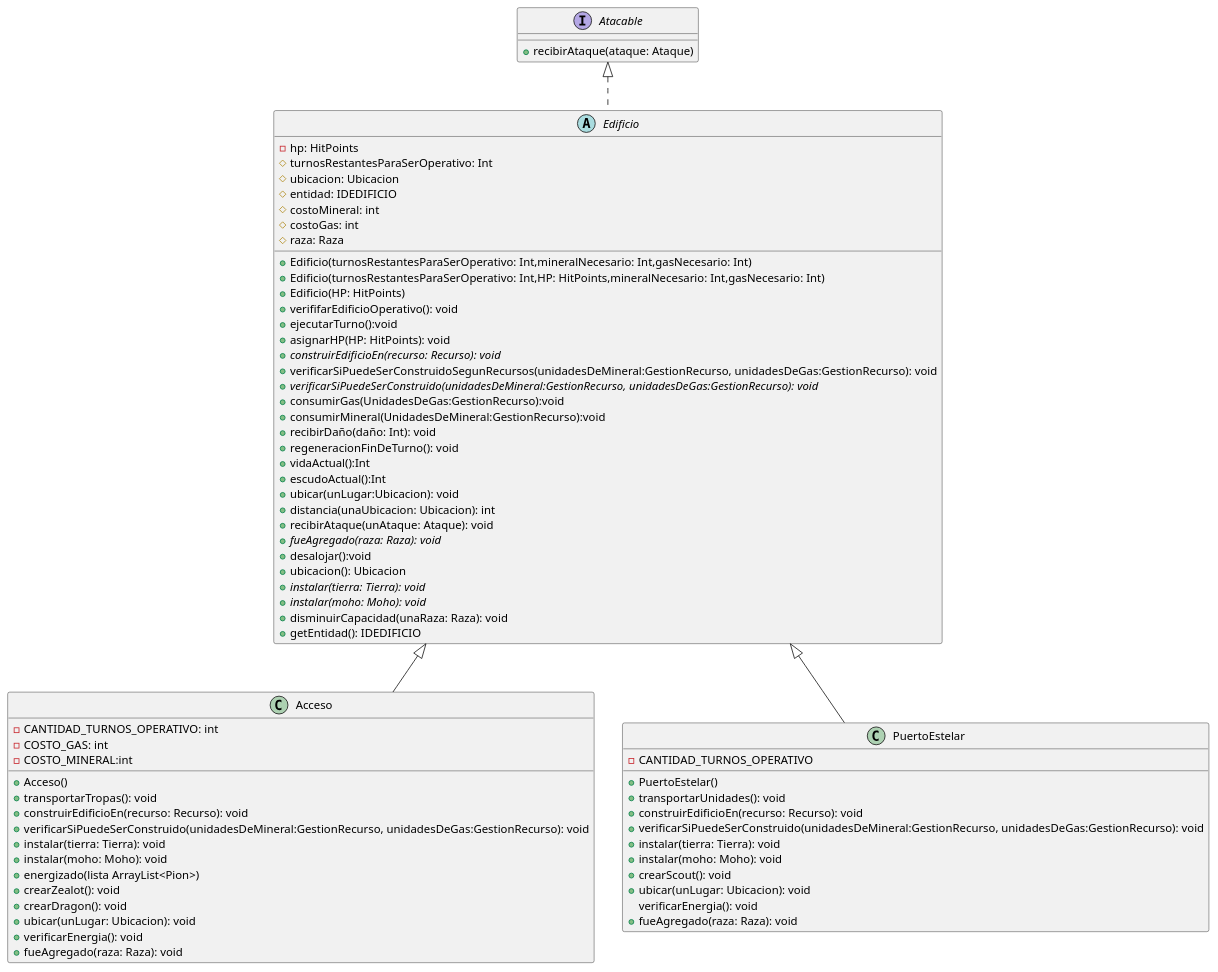
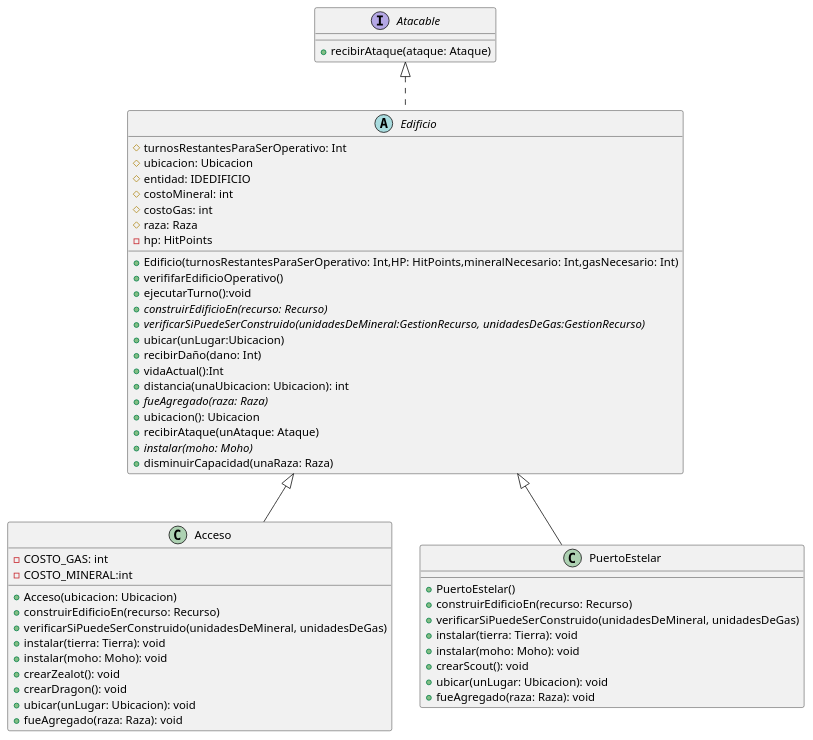
The diagram in diagrams/classes/EdificiosProtoss2.puml (nicolasgirardi/algo3_TP2_AlgoStar), drawn with PlantUML before and after one commit. The commit also changed 4 other files, not shown here.

Commit message:
actualizo diagramas de clase

```diff
--- a/diagrams/classes/EdificiosProtoss2.puml
+++ b/diagrams/classes/EdificiosProtoss2.puml
@@ -1,84 +1,66 @@
 @startuml
 'https://plantuml.com/class-diagram
 
 abstract class Edificio {
 
-    -hp: HitPoints
-    #turnosRestantesParaSerOperativo: Int
-    #ubicacion: Ubicacion
-    #entidad: IDEDIFICIO
-    #costoMineral: int
-    #costoGas: int
-    #raza: Raza
+        #turnosRestantesParaSerOperativo: Int
+        #ubicacion: Ubicacion
+        #entidad: IDEDIFICIO
+        #costoMineral: int
+        #costoGas: int
+        #raza: Raza
+        -hp: HitPoints
 
-    +Edificio(turnosRestantesParaSerOperativo: Int,mineralNecesario: Int,gasNecesario: Int)
-    +Edificio(turnosRestantesParaSerOperativo: Int,HP: HitPoints,mineralNecesario: Int,gasNecesario: Int)
-    +Edificio(HP: HitPoints)
-    +verififarEdificioOperativo(): void
-    +ejecutarTurno():void
-    +asignarHP(HP: HitPoints): void
-    + {abstract} construirEdificioEn(recurso: Recurso): void
-    + verificarSiPuedeSerConstruidoSegunRecursos(unidadesDeMineral:GestionRecurso, unidadesDeGas:GestionRecurso): void
-    + {abstract} verificarSiPuedeSerConstruido(unidadesDeMineral:GestionRecurso, unidadesDeGas:GestionRecurso): void
-    +consumirGas(UnidadesDeGas:GestionRecurso):void
-    +consumirMineral(UnidadesDeMineral:GestionRecurso):void
-    +recibirDaño(daño: Int): void
-    +regeneracionFinDeTurno(): void
-    +vidaActual():Int
-    +escudoActual():Int
-    + ubicar(unLugar:Ubicacion): void
-    + distancia(unaUbicacion: Ubicacion): int
-    +recibirAtaque(unAtaque: Ataque): void
-    + {abstract} fueAgregado(raza: Raza): void
-    +desalojar():void
-    +ubicacion(): Ubicacion
-    +{abstract} instalar(tierra: Tierra): void
-    +{abstract} instalar(moho: Moho): void
-    +disminuirCapacidad(unaRaza: Raza): void
-    +getEntidad(): IDEDIFICIO
+        +Edificio(turnosRestantesParaSerOperativo: Int,HP: HitPoints,mineralNecesario: Int,gasNecesario: Int)
+        +verififarEdificioOperativo()
+        +ejecutarTurno():void
+        +{abstract} construirEdificioEn(recurso: Recurso)
+        +{abstract} verificarSiPuedeSerConstruido(unidadesDeMineral:GestionRecurso, unidadesDeGas:GestionRecurso)
+        + ubicar(unLugar:Ubicacion)
+        +recibirDaño(dano: Int)
+        +vidaActual():Int
+        + distancia(unaUbicacion: Ubicacion): int
+        + {abstract} fueAgregado(raza: Raza)
+        +ubicacion(): Ubicacion
+        +recibirAtaque(unAtaque: Ataque)
+        +{abstract} instalar(moho: Moho)
+        +disminuirCapacidad(unaRaza: Raza)
 
 
 }
 
 class Acceso{
-    -CANTIDAD_TURNOS_OPERATIVO: int
     -COSTO_GAS: int
     -COSTO_MINERAL:int
 
-    +Acceso()
-    +transportarTropas(): void
-    +construirEdificioEn(recurso: Recurso): void
-    +verificarSiPuedeSerConstruido(unidadesDeMineral:GestionRecurso, unidadesDeGas:GestionRecurso): void
+    +Acceso(ubicacion: Ubicacion)
+    +construirEdificioEn(recurso: Recurso)
+    +verificarSiPuedeSerConstruido(unidadesDeMineral, unidadesDeGas)
     +instalar(tierra: Tierra): void
     +instalar(moho: Moho): void
-    +energizado(lista ArrayList<Pion>)
     +crearZealot(): void
     +crearDragon(): void
     +ubicar(unLugar: Ubicacion): void
-    +verificarEnergia(): void
-    + fueAgregado(raza: Raza): void
+    +fueAgregado(raza: Raza): void
 }
 
 class PuertoEstelar{
-    -CANTIDAD_TURNOS_OPERATIVO
 
     +PuertoEstelar()
-    +transportarUnidades(): void
-    +construirEdificioEn(recurso: Recurso): void
-    +verificarSiPuedeSerConstruido(unidadesDeMineral:GestionRecurso, unidadesDeGas:GestionRecurso): void
+    +construirEdificioEn(recurso: Recurso)
+    +verificarSiPuedeSerConstruido(unidadesDeMineral, unidadesDeGas)
     +instalar(tierra: Tierra): void
     +instalar(moho: Moho): void
     +crearScout(): void
     +ubicar(unLugar: Ubicacion): void
-    verificarEnergia(): void
-    + fueAgregado(raza: Raza): void
+    +fueAgregado(raza: Raza): void
 }
 
 interface Atacable {
     +recibirAtaque(ataque: Ataque)
 }
 
 Edificio <|-- Acceso
 Edificio <|-- PuertoEstelar
 Atacable <|.. Edificio
 @enduml
```
